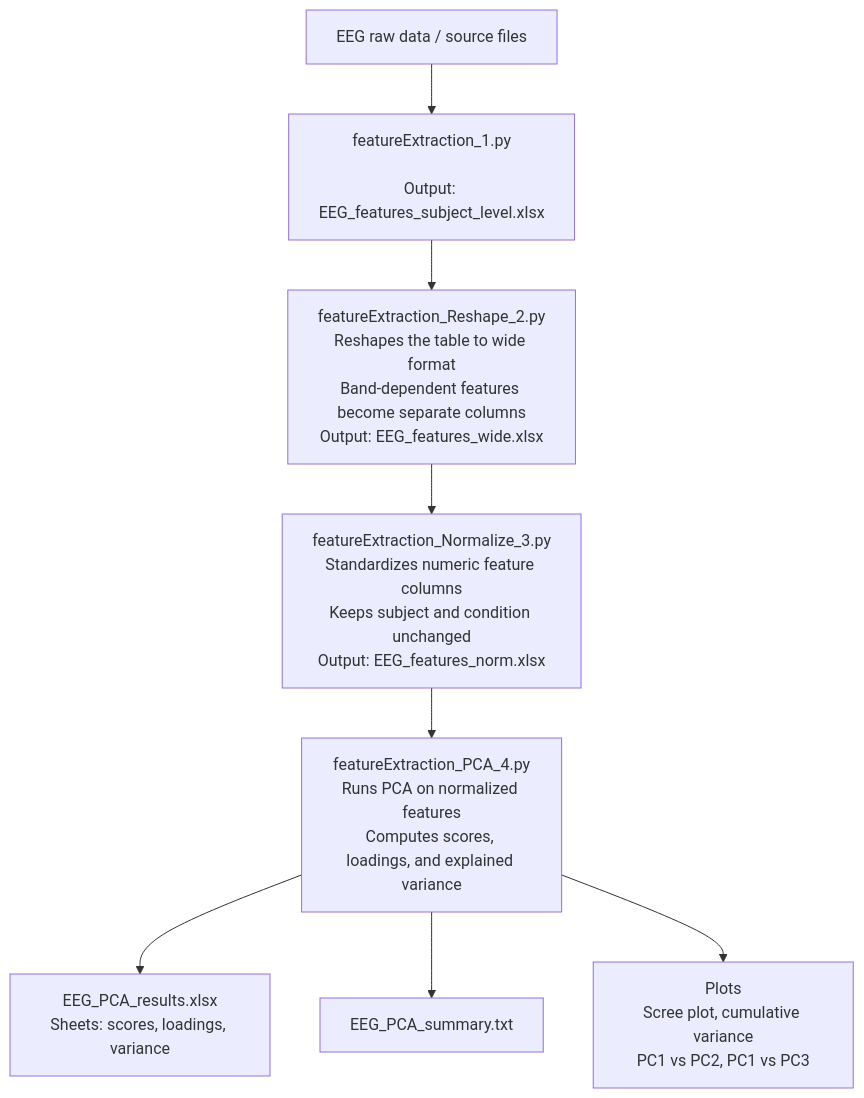
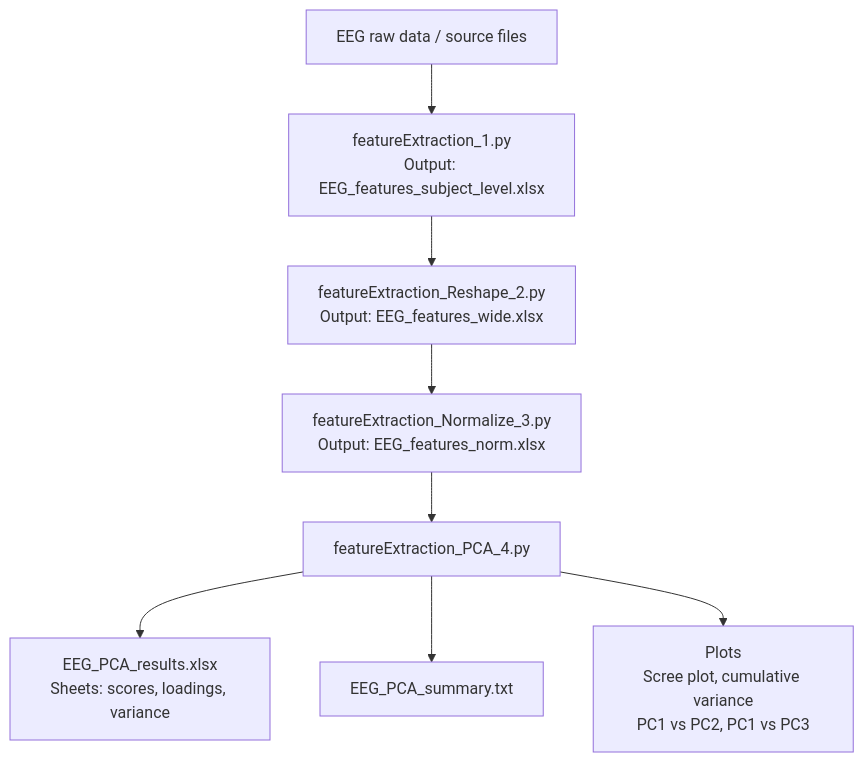
One commit to pedrobenedetti/EEGfeatureExtraction changed the diagram in README.md. Above: the diagram before and after it, drawn with Mermaid.

````diff
--- a/README.md
+++ b/README.md
@@ -89,14 +89,14 @@
 ```mermaid
 flowchart TD
-    A["EEG raw data / source files"] --> B["featureExtraction_1.py<br><br>Output: EEG_features_subject_level.xlsx"]
+    A["EEG raw data / source files"] --> B["featureExtraction_1.py<br>Output: EEG_features_subject_level.xlsx"]
 
-    B --> C["featureExtraction_Reshape_2.py<br>Reshapes the table to wide format<br>Band-dependent features become separate columns<br>Output: EEG_features_wide.xlsx"]
+    B --> C["featureExtraction_Reshape_2.py<br>Output: EEG_features_wide.xlsx"]
 
-    C --> D["featureExtraction_Normalize_3.py<br>Standardizes numeric feature columns<br>Keeps subject and condition unchanged<br>Output: EEG_features_norm.xlsx"]
+    C --> D["featureExtraction_Normalize_3.py<br>Output: EEG_features_norm.xlsx"]
 
-    D --> E["featureExtraction_PCA_4.py<br>Runs PCA on normalized features<br>Computes scores, loadings, and explained variance"]
+    D --> E["featureExtraction_PCA_4.py"]
 
     E --> F["EEG_PCA_results.xlsx<br>Sheets: scores, loadings, variance"]
     E --> G["EEG_PCA_summary.txt"]
     E --> H["Plots<br>Scree plot, cumulative variance<br>PC1 vs PC2, PC1 vs PC3"]
 ```
````
